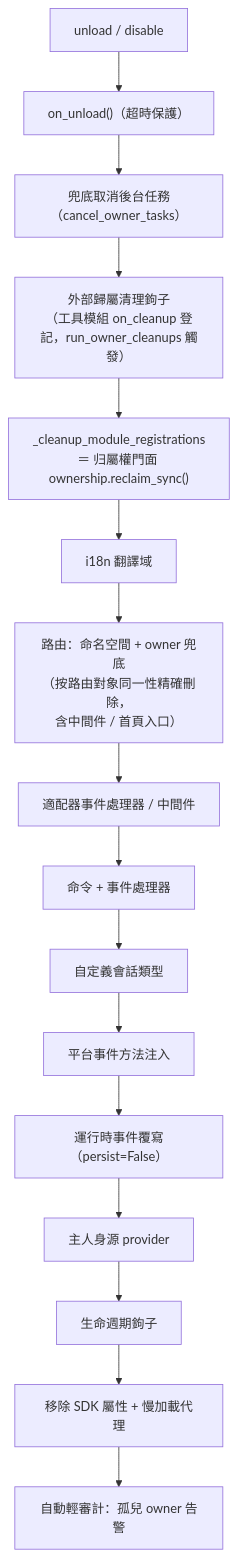
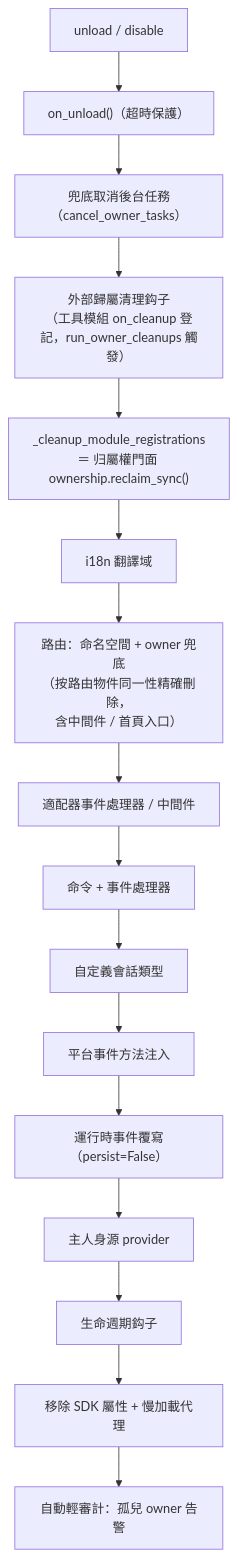
One commit to ErisPulse/ErisPulse changed the diagram in docs/zh-TW/advanced/ownership.md. Above: the diagram before and after it, drawn with Mermaid. The commit also changed other lines of this file and 124 other files, not shown here.

````diff
--- a/docs/zh-TW/advanced/ownership.md
+++ b/docs/zh-TW/advanced/ownership.md
@@ -93,18 +119,18 @@
 ```mermaid
 flowchart TD
     A["unload / disable"] --> B["on_unload()（超時保護）"]
     B --> C["兜底取消後台任務（cancel_owner_tasks）"]
-    C --> C1["外部歸屬清理鉤子<br/>（工具模組 on_cleanup 登記，run_owner_cleanups 觸發）"]
+    C --> C1["外部歸屬清理鈎子<br/>（工具模組 on_cleanup 登記，run_owner_cleanups 觸發）"]
     C1 --> D["_cleanup_module_registrations<br/>＝ 归屬權門面 ownership.reclaim_sync()"]
     D --> D1["i18n 翻譯域"]
-    D1 --> D2["路由：命名空間 + owner 兜底<br/>（按路由對象同一性精確刪除，<br/>含中間件 / 首頁入口）"]
+    D1 --> D2["路由：命名空間 + owner 兜底<br/>（按路由物件同一性精確刪除，<br/>含中間件 / 首頁入口）"]
     D2 --> D3["適配器事件處理器 / 中間件"]
     D3 --> D4["命令 + 事件處理器"]
     D4 --> D5["自定義會話類型"]
     D5 --> D5b["平台事件方法注入"]
     D5b --> D6["運行時事件覆寫（persist=False）"]
     D6 --> D7["主人身源 provider"]
-    D7 --> D8["生命週期鉤子"]
+    D7 --> D8["生命週期鈎子"]
     D8 --> E["移除 SDK 屬性 + 慢加載代理"]
     E --> F["自動輕審計：孤兒 owner 告警"]
 ```
````
